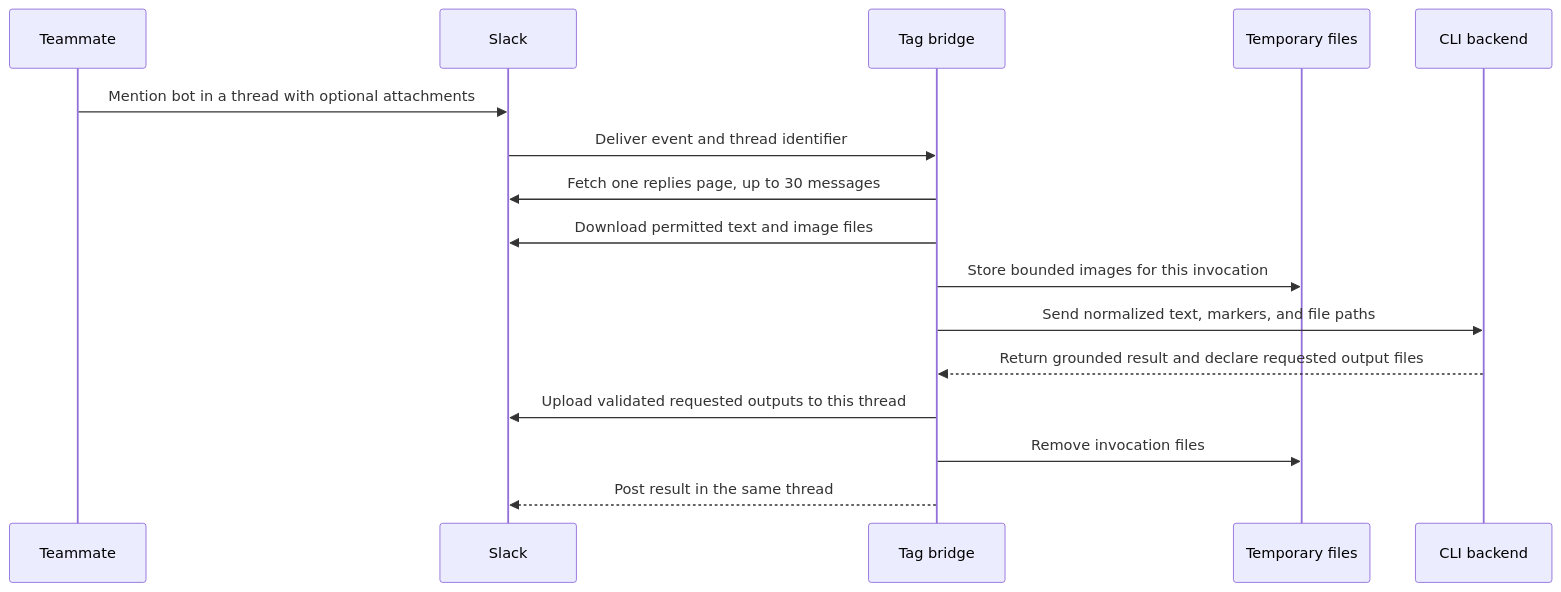
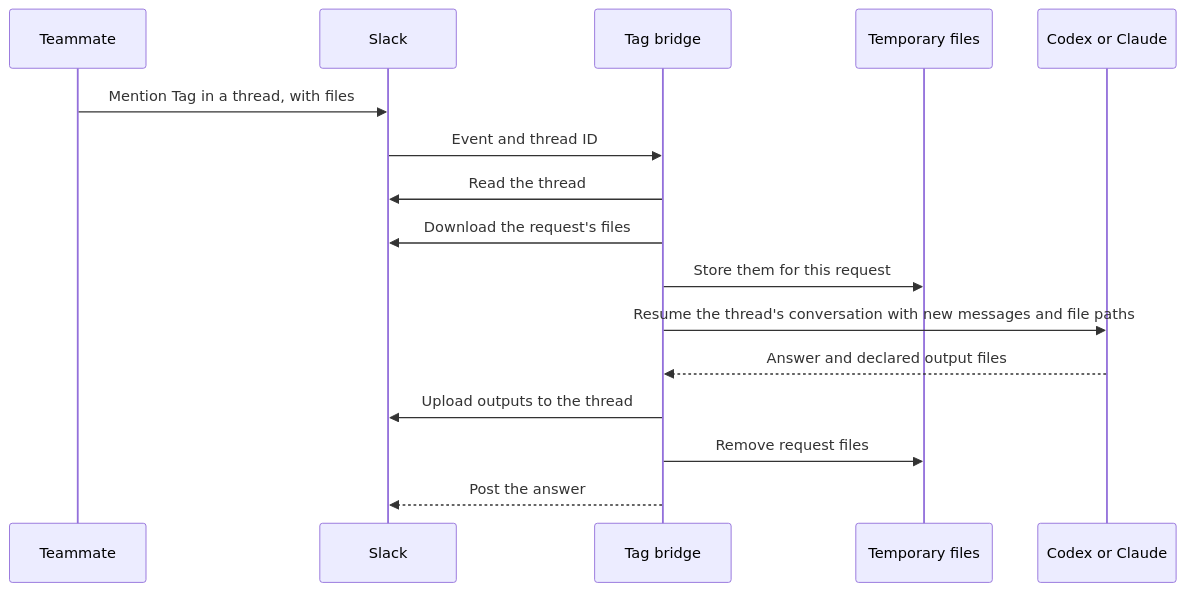
The seventh of 16 diagrams in docs/user-flows.md (klovr-co/hover-tag), drawn with Mermaid before and after one commit. The commit also changed other lines of this file and 48 other files, not shown here.

````diff
--- a/docs/user-flows.md
+++ b/docs/user-flows.md
@@ -327,19 +284,19 @@
 ```mermaid
 sequenceDiagram
     participant U as Teammate
     participant S as Slack
     participant T as Tag bridge
     participant F as Temporary files
-    participant B as CLI backend
+    participant B as Codex or Claude
 
-    U->>S: Mention bot in a thread with optional attachments
-    S->>T: Deliver event and thread identifier
-    T->>S: Fetch one replies page, up to 30 messages
-    T->>S: Download permitted text and image files
-    T->>F: Store bounded images for this invocation
-    T->>B: Send normalized text, markers, and file paths
-    B-->>T: Return grounded result and declare requested output files
-    T->>S: Upload validated requested outputs to this thread
-    T->>F: Remove invocation files
-    T-->>S: Post result in the same thread
+    U->>S: Mention Tag in a thread, with files
+    S->>T: Event and thread ID
+    T->>S: Read the thread
+    T->>S: Download the request's files
+    T->>F: Store them for this request
+    T->>B: Resume the thread's conversation with new messages and file paths
+    B-->>T: Answer and declared output files
+    T->>S: Upload outputs to the thread
+    T->>F: Remove request files
+    T-->>S: Post the answer
 ```
````
